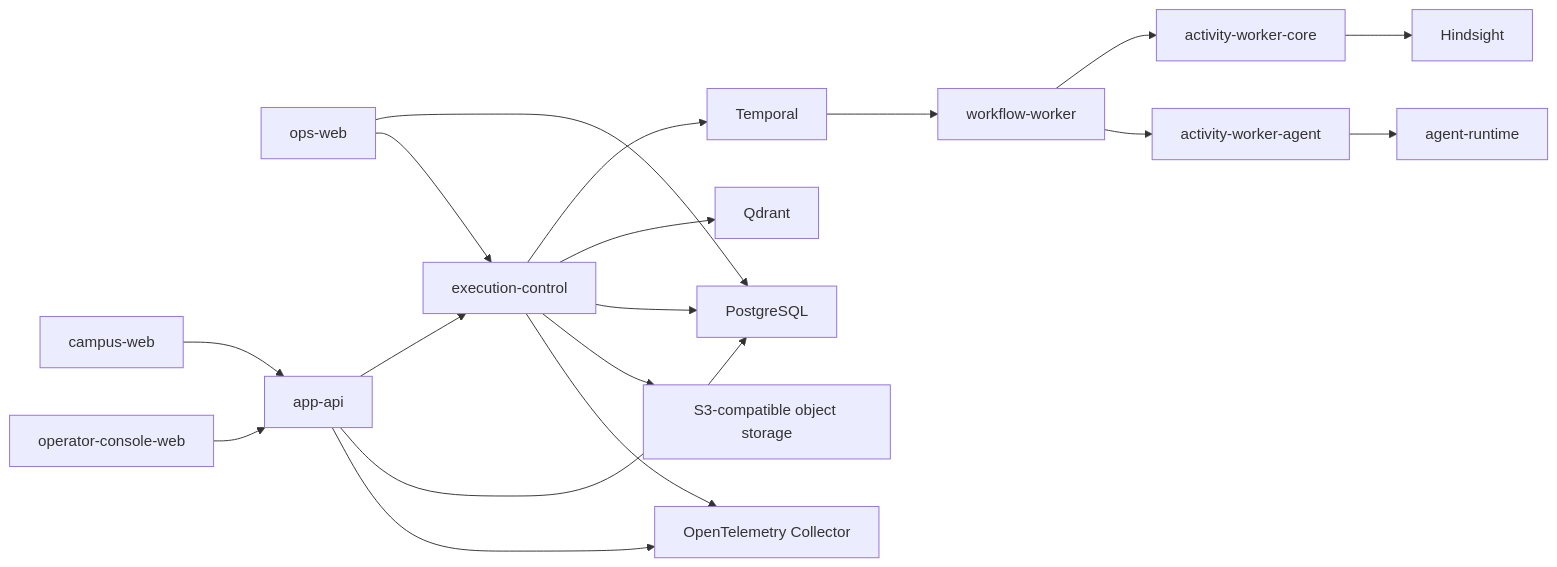
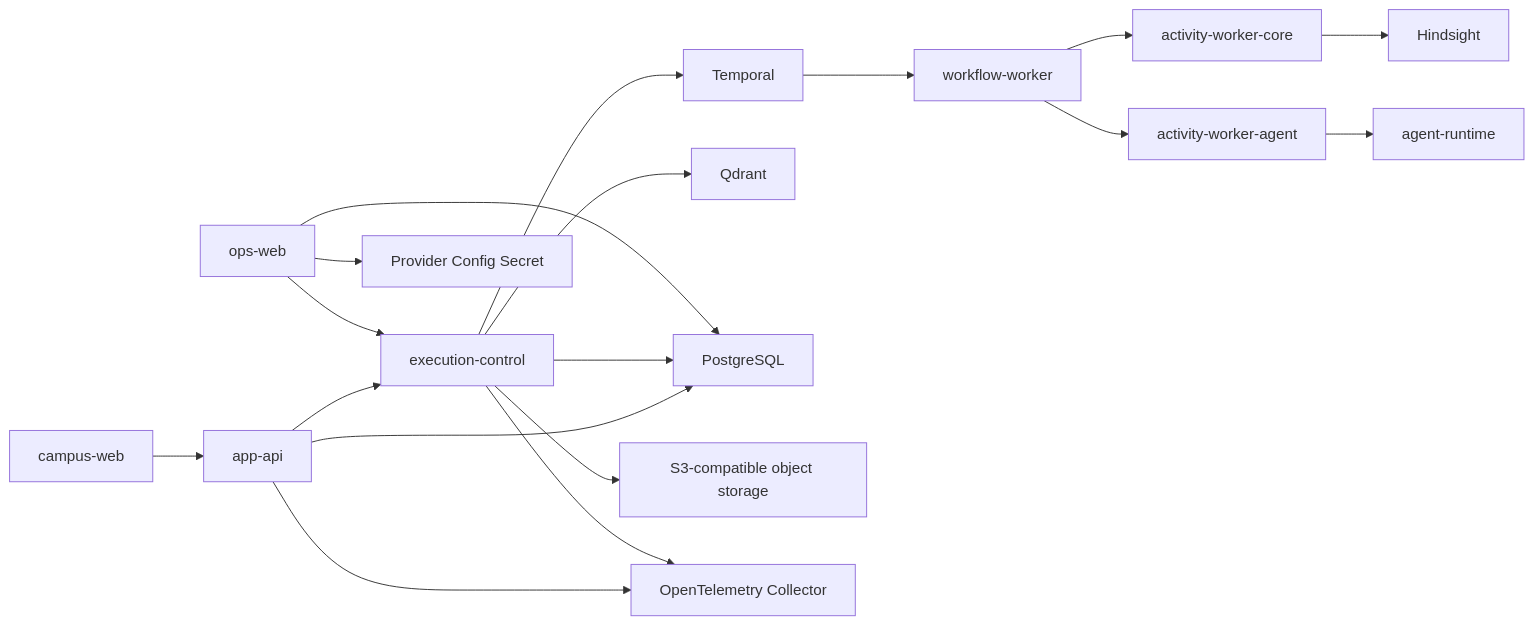
The diagram in docs/architecture/current.md (Luxfeier22331/campus-agent-main), drawn with Mermaid before and after one commit. The commit also changed other lines of this file and 620 other files, not shown here.

````diff
--- a/docs/architecture/current.md
+++ b/docs/architecture/current.md
@@ -23,36 +23,35 @@
 ```mermaid
 flowchart LR
   Browser["campus-web"]
-  Operator["operator-console-web"]
   Ops["ops-web"]
   AppAPI["app-api"]
   Control["execution-control"]
   Temporal["Temporal"]
   Workflow["workflow-worker"]
   Core["activity-worker-core"]
   AgentWorker["activity-worker-agent"]
   Agent["agent-runtime"]
   Memory["Hindsight"]
   Qdrant["Qdrant"]
   PG["PostgreSQL"]
   ObjectStore["S3-compatible object storage"]
   OTel["OpenTelemetry Collector"]
 
   Browser --> AppAPI
-  Operator --> AppAPI
   AppAPI --> Control
   Control --> Temporal
   Temporal --> Workflow
   Workflow --> Core
   Workflow --> AgentWorker
   AgentWorker --> Agent
   Core --> Memory
   Control --> Qdrant
   AppAPI --> PG
   Control --> PG
   Control --> ObjectStore
   AppAPI --> OTel
   Control --> OTel
   Ops --> PG
   Ops --> Control
+  Ops --> ProviderSecret["Provider Config Secret"]
 ```
````
